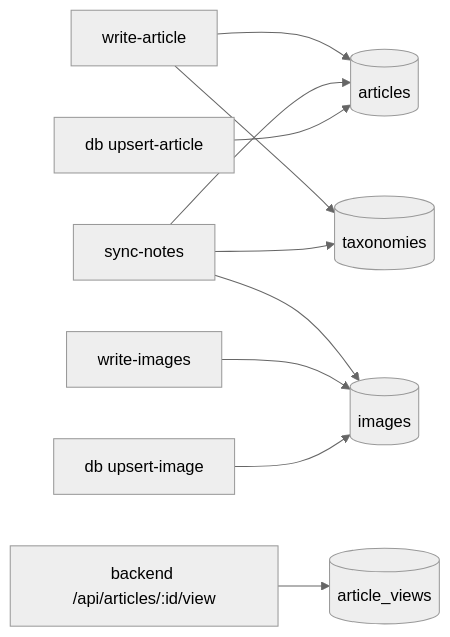
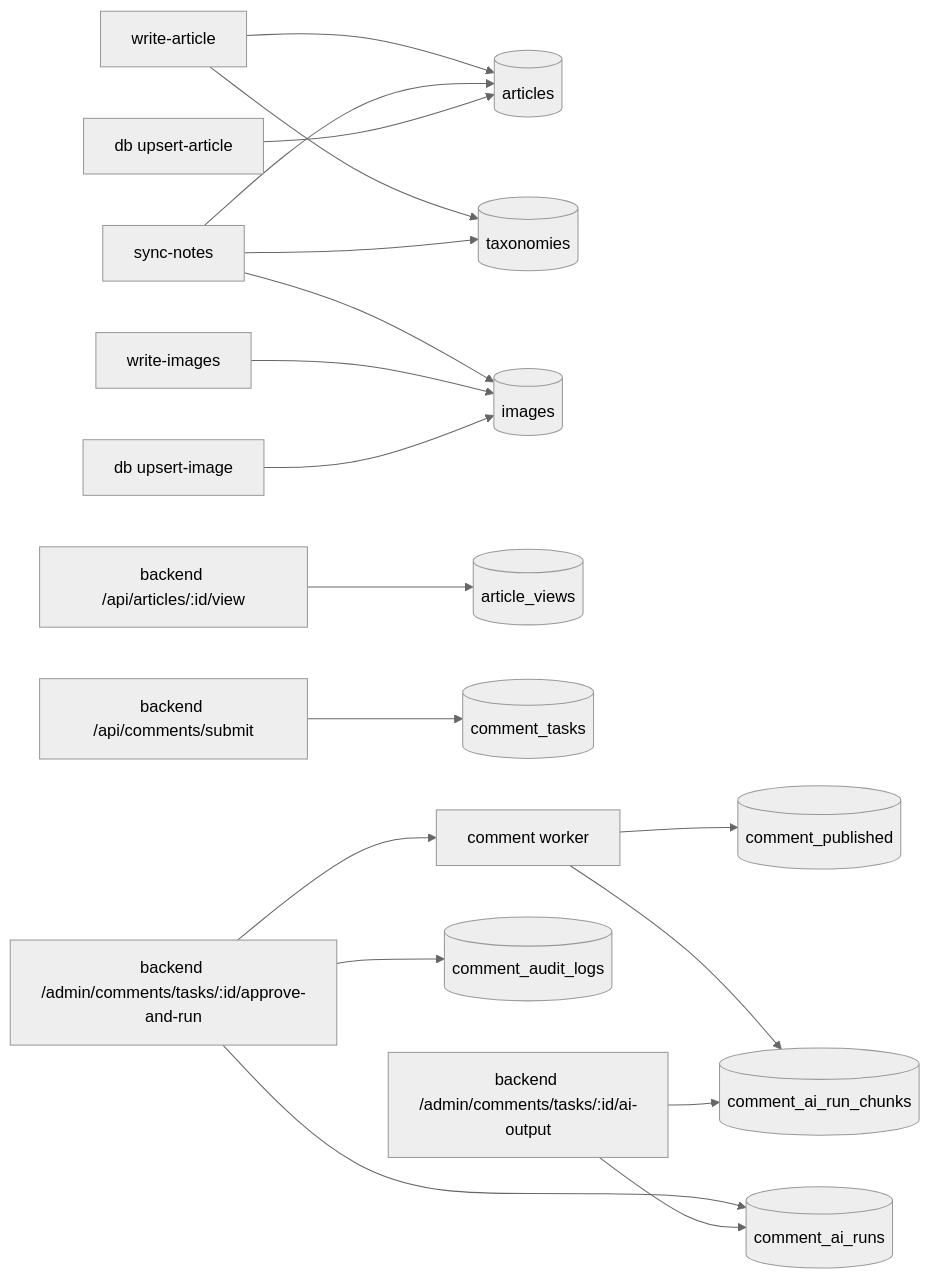
Before and after one commit to acking-you/static_flow: the second of 2 diagrams in docs/cli-user-guide.zh.md, drawn with Mermaid (neutral theme). The commit also changed other lines of this file and 26 other files, not shown here.

Commit message:
Add Comment Review AI Responder skill for generating markdown replies to article comments

````diff
--- a/docs/cli-user-guide.zh.md
+++ b/docs/cli-user-guide.zh.md
@@ -133,16 +216,25 @@
 ```mermaid
 flowchart LR
     A[write-article] --> AR[(articles)]
     A --> TX[(taxonomies)]
 
     B[sync-notes] --> AR
     B --> IM[(images)]
     B --> TX
 
     C[write-images] --> IM
 
     D[db upsert-article] --> AR
     E[db upsert-image] --> IM
 
     F["backend /api/articles/:id/view"] --> AV[(article_views)]
+
+    G["backend /api/comments/submit"] --> CT[(comment_tasks)]
+    H["backend /admin/comments/tasks/:id/approve-and-run"] --> CW[comment worker]
+    H --> CAR[(comment_ai_runs)]
+    CW --> CP[(comment_published)]
+    CW --> CAC[(comment_ai_run_chunks)]
+    H --> AL[(comment_audit_logs)]
+    I["backend /admin/comments/tasks/:id/ai-output"] --> CAR
+    I --> CAC
 ```
````
